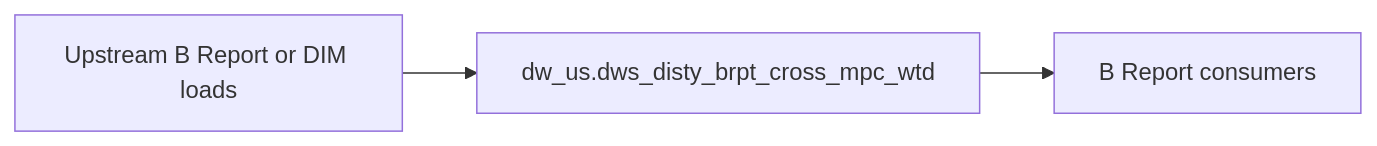
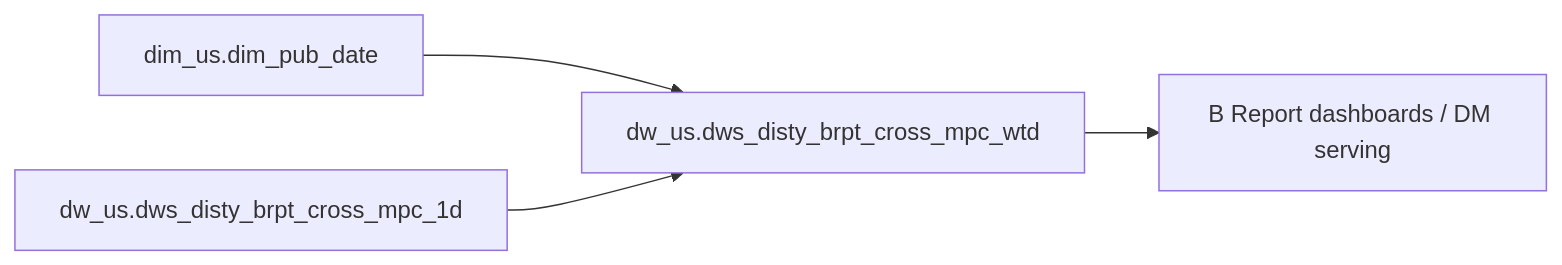
One commit to chengduhaha/data_agent changed the diagram in backend/defaults/b_report/workspace/target/knowledgebase/b-report-us/dws_disty_brpt_cross_mpc_wtd.md. Above: the diagram before and after it, drawn with Mermaid. The commit also changed other lines of this file and 1108 other files, not shown here.

````diff
--- a/backend/defaults/b_report/workspace/target/knowledgebase/b-report-us/dws_disty_brpt_cross_mpc_wtd.md
+++ b/backend/defaults/b_report/workspace/target/knowledgebase/b-report-us/dws_disty_brpt_cross_mpc_wtd.md
@@ -162,8 +267,10 @@
 ```mermaid
 flowchart LR
-  upstream[Upstream B Report or DIM loads]
-  tgt["dw_us.dws_disty_brpt_cross_mpc_wtd"]
-  brpt[B Report consumers]
-  upstream --> tgt
-  tgt --> brpt
+  dw_us_dws_disty_brpt_cross_mpc_wtd["dw_us.dws_disty_brpt_cross_mpc_wtd"]
+  src0["dim_us.dim_pub_date"]
+  src0 --> dw_us_dws_disty_brpt_cross_mpc_wtd
+  src1["dw_us.dws_disty_brpt_cross_mpc_1d"]
+  src1 --> dw_us_dws_disty_brpt_cross_mpc_wtd
+  consumers["B Report dashboards / DM serving"]
+  dw_us_dws_disty_brpt_cross_mpc_wtd --> consumers
 ```
````
